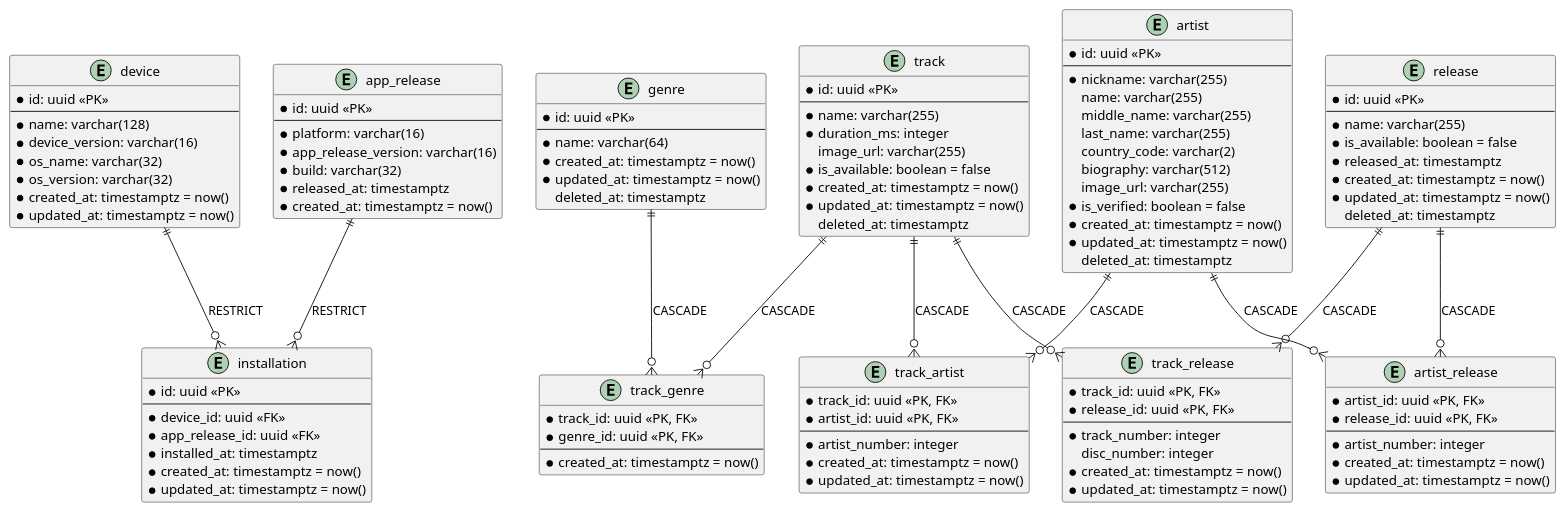
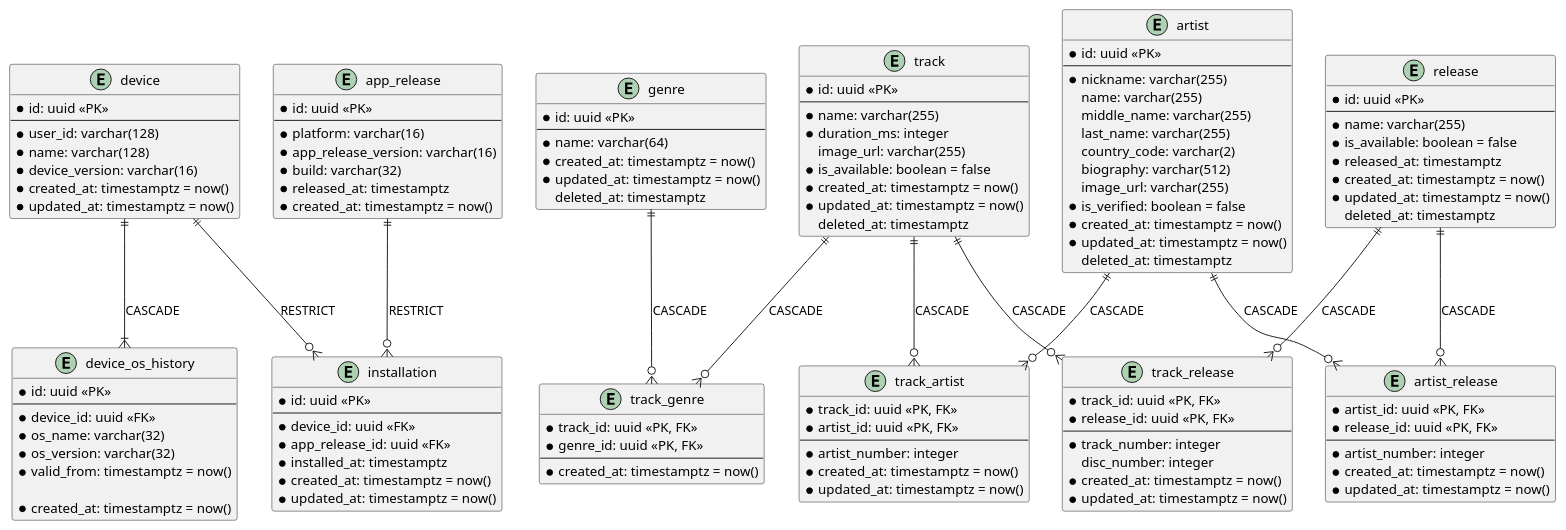
One commit to SINdeletE/music-stream-flow changed the diagram in sql/music_oltp/docs/ddl.puml. Above: the diagram before and after it, drawn with PlantUML. The commit also changed 4 other files, not shown here.

Commit message:
added c4 + DWH schema update

```diff
--- a/sql/music_oltp/docs/ddl.puml
+++ b/sql/music_oltp/docs/ddl.puml
@@ -1,132 +1,143 @@
 @startuml
 
 entity device {
     * id: uuid <<PK>>
     --
+    * user_id: varchar(128)
     * name: varchar(128)
     * device_version: varchar(16)
+    * created_at: timestamptz = now()
+    * updated_at: timestamptz = now()
+}
+
+entity device_os_history {
+    * id: uuid <<PK>>
+    --
+    * device_id: uuid <<FK>>
     * os_name: varchar(32)
     * os_version: varchar(32)
+    * valid_from: timestamptz = now()
+
     * created_at: timestamptz = now()
-    * updated_at: timestamptz = now()
 }
 
 entity app_release {
     * id: uuid <<PK>>
     --
     * platform: varchar(16)
     * app_release_version: varchar(16)
     * build: varchar(32)
     * released_at: timestamptz
     * created_at: timestamptz = now()
 }
 
 entity installation {
     * id: uuid <<PK>>
     --
     * device_id: uuid <<FK>>
     * app_release_id: uuid <<FK>>
     * installed_at: timestamptz
     * created_at: timestamptz = now()
     * updated_at: timestamptz = now()
 }
 
 entity track {
     * id: uuid <<PK>>
     --
     * name: varchar(255)
     * duration_ms: integer
     image_url: varchar(255)
     * is_available: boolean = false
     * created_at: timestamptz = now()
     * updated_at: timestamptz = now()
     deleted_at: timestamptz
 }
 
 entity genre {
     * id: uuid <<PK>>
     --
     * name: varchar(64)
     * created_at: timestamptz = now()
     * updated_at: timestamptz = now()
     deleted_at: timestamptz
 }
 
 entity artist {
     * id: uuid <<PK>>
     --
     * nickname: varchar(255)
     name: varchar(255)
     middle_name: varchar(255)
     last_name: varchar(255)
     country_code: varchar(2)
     biography: varchar(512)
     image_url: varchar(255)
     * is_verified: boolean = false
     * created_at: timestamptz = now()
     * updated_at: timestamptz = now()
     deleted_at: timestamptz
 }
 
 entity release {
     * id: uuid <<PK>>
     --
     * name: varchar(255)
     * is_available: boolean = false
     * released_at: timestamptz
     * created_at: timestamptz = now()
     * updated_at: timestamptz = now()
     deleted_at: timestamptz
 }
 
 entity track_genre {
     * track_id: uuid <<PK, FK>>
     * genre_id: uuid <<PK, FK>>
     --
     * created_at: timestamptz = now()
 }
 
 entity track_artist {
     * track_id: uuid <<PK, FK>>
     * artist_id: uuid <<PK, FK>>
     --
     * artist_number: integer
     * created_at: timestamptz = now()
     * updated_at: timestamptz = now()
 }
 
 entity track_release {
     * track_id: uuid <<PK, FK>>
     * release_id: uuid <<PK, FK>>
     --
     * track_number: integer
     disc_number: integer
     * created_at: timestamptz = now()
     * updated_at: timestamptz = now()
 }
 
 entity artist_release {
     * artist_id: uuid <<PK, FK>>
     * release_id: uuid <<PK, FK>>
     --
     * artist_number: integer
     * created_at: timestamptz = now()
     * updated_at: timestamptz = now()
 }
 
+device ||--|{ device_os_history : CASCADE
 device ||--o{ installation : RESTRICT
 app_release ||--o{ installation : RESTRICT
 
 track ||--o{ track_genre : CASCADE
 genre ||--o{ track_genre : CASCADE
 
 track ||--o{ track_artist : CASCADE
 artist ||--o{ track_artist : CASCADE
 
 track ||--o{ track_release : CASCADE
 release ||--o{ track_release : CASCADE
 
 artist ||--o{ artist_release : CASCADE
 release ||--o{ artist_release : CASCADE
 
 @enduml
```
